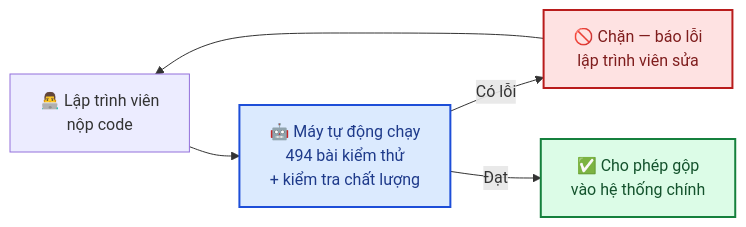
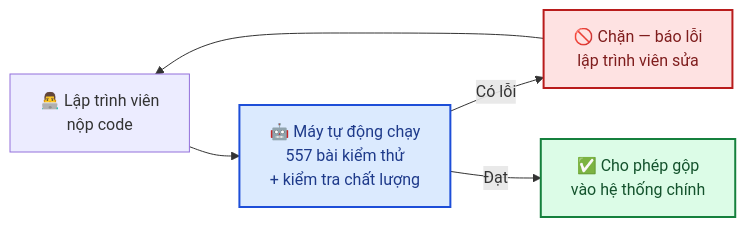
The second of 2 diagrams in docs/gitbook/06-de-xuat.md (Hungvu0712/FLOWER), drawn with Mermaid before and after one commit. The commit also changed other lines of this file and 14 other files, not shown here.

````diff
--- a/docs/gitbook/06-de-xuat.md
+++ b/docs/gitbook/06-de-xuat.md
@@ -73,11 +73,11 @@
 ```mermaid
 flowchart LR
-    D["👨‍💻 Lập trình viên<br/>nộp code"] --> CI["🤖 Máy tự động chạy<br/>494 bài kiểm thử<br/>+ kiểm tra chất lượng"]
+    D["👨‍💻 Lập trình viên<br/>nộp code"] --> CI["🤖 Máy tự động chạy<br/>557 bài kiểm thử<br/>+ kiểm tra chất lượng"]
     CI -->|Có lỗi| BLOCK["🚫 Chặn — báo lỗi<br/>lập trình viên sửa"]
     CI -->|Đạt| MERGE["✅ Cho phép gộp<br/>vào hệ thống chính"]
     BLOCK --> D
 
     style CI fill:#dbeafe,stroke:#1d4ed8,stroke-width:2px,color:#1e3a8a
     style BLOCK fill:#fee2e2,stroke:#b91c1c,stroke-width:2px,color:#7f1d1d
     style MERGE fill:#dcfce7,stroke:#15803d,stroke-width:2px,color:#14532d
 ```
````
